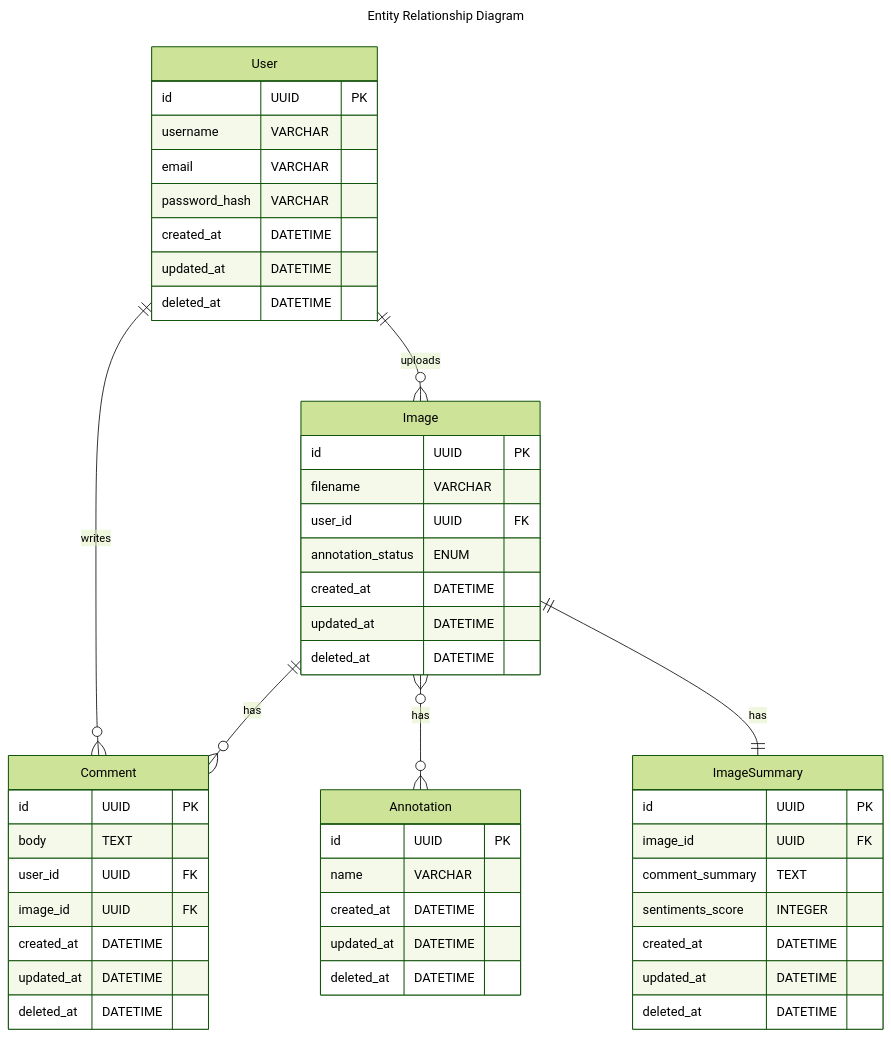
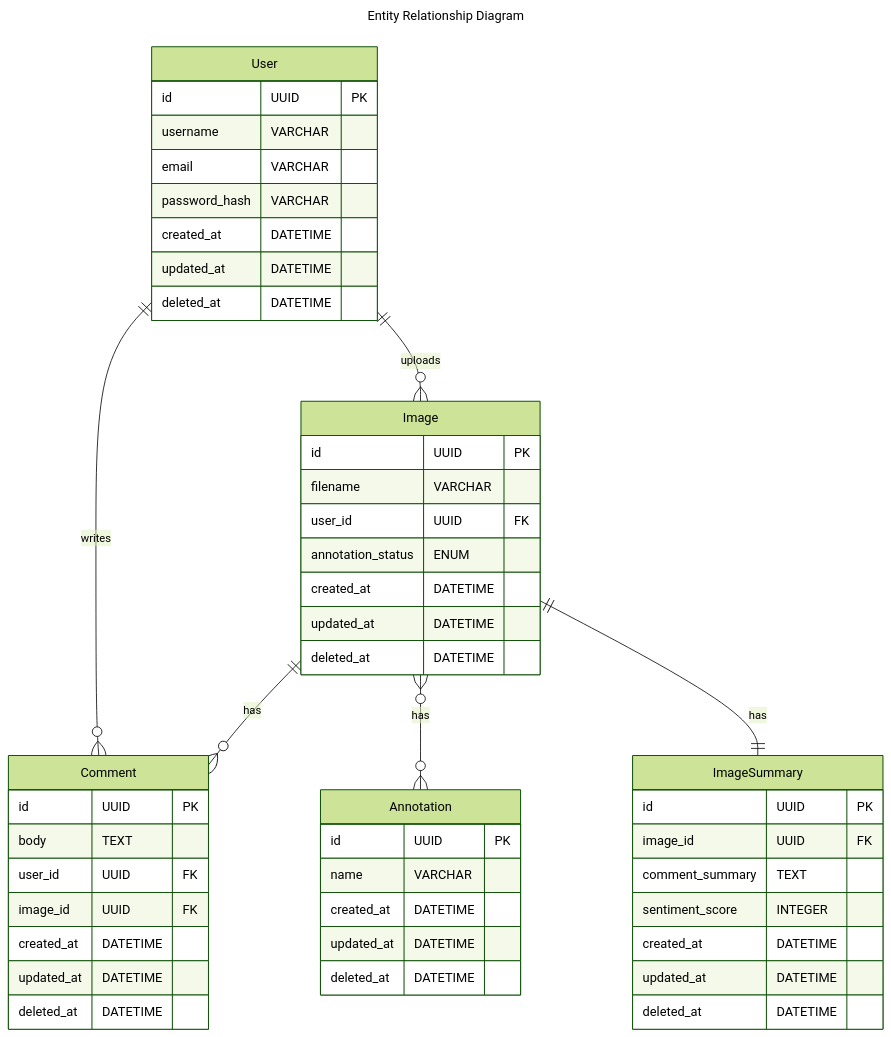
The diagram in README.md (kziovas/practise-image-annotation-service-poc), drawn with Mermaid (forest theme) before and after one commit. The commit also changed 28 other files, not shown here.

````diff
--- a/README.md
+++ b/README.md
@@ -4,61 +4,61 @@
 ```mermaid
 ---
 title: Entity Relationship Diagram
 ---
 
 erDiagram
     User {
         id UUID PK
         username VARCHAR
         email VARCHAR
         password_hash VARCHAR
         created_at DATETIME
         updated_at DATETIME
         deleted_at DATETIME
     }
 
     Image {
         id UUID PK
         filename VARCHAR
         user_id UUID FK
         annotation_status ENUM
         created_at DATETIME
         updated_at DATETIME
         deleted_at DATETIME
     }
 
     Comment {
         id UUID PK
         body TEXT
         user_id UUID FK
         image_id UUID FK
         created_at DATETIME
         updated_at DATETIME
         deleted_at DATETIME
     }
 
     Annotation {
         id UUID PK
         name VARCHAR
         created_at DATETIME
         updated_at DATETIME
         deleted_at DATETIME
     }
 
     ImageSummary {
         id UUID PK
         image_id UUID FK
         comment_summary TEXT
-        sentiments_score INTEGER
+        sentiment_score INTEGER
         created_at DATETIME
         updated_at DATETIME
         deleted_at DATETIME
     }
 
     User ||--o{ Comment : "writes"
     User ||--o{ Image : "uploads"
     Image ||--o{ Comment : "has"
     Image }o--o{ Annotation : "has"
     Image ||--|| ImageSummary : "has"
 
 ```
````
